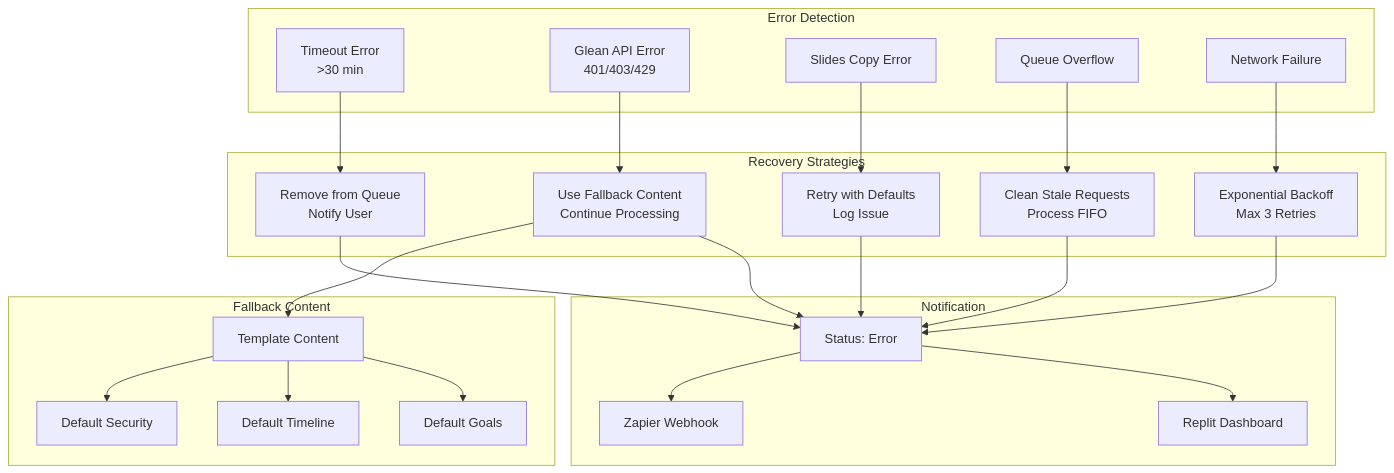
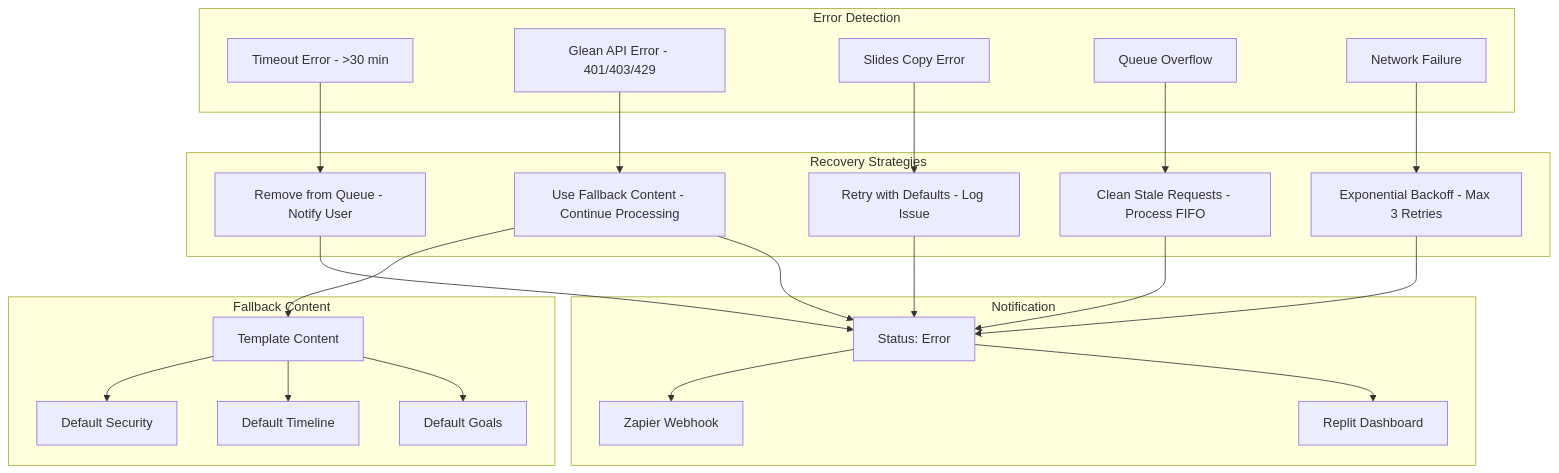
Before and after one commit to ethansammiq/slide_deck_glean_integration: the tenth of 10 diagrams in SYSTEM_FLOW_DOCUMENTATION.md, drawn with Mermaid. The commit also changed other lines of this file, not shown here.

First line of the commit message:
fix: Fix Mermaid diagram syntax for GitHub compatibility

````diff
--- a/SYSTEM_FLOW_DOCUMENTATION.md
+++ b/SYSTEM_FLOW_DOCUMENTATION.md
@@ -409,40 +409,40 @@
 ```mermaid
 flowchart TB
     subgraph "Error Detection"
-        E1[Timeout Error<br/>>30 min]
-        E2[Glean API Error<br/>401/403/429]
-        E3[Slides Copy Error]
-        E4[Queue Overflow]
-        E5[Network Failure]
+        E1["Timeout Error - >30 min"]
+        E2["Glean API Error - 401/403/429"]
+        E3["Slides Copy Error"]
+        E4["Queue Overflow"]
+        E5["Network Failure"]
     end
     
     subgraph "Recovery Strategies"
-        E1 --> R1[Remove from Queue<br/>Notify User]
-        E2 --> R2[Use Fallback Content<br/>Continue Processing]
-        E3 --> R3[Retry with Defaults<br/>Log Issue]
-        E4 --> R4[Clean Stale Requests<br/>Process FIFO]
-        E5 --> R5[Exponential Backoff<br/>Max 3 Retries]
+        E1 --> R1["Remove from Queue - Notify User"]
+        E2 --> R2["Use Fallback Content - Continue Processing"]
+        E3 --> R3["Retry with Defaults - Log Issue"]
+        E4 --> R4["Clean Stale Requests - Process FIFO"]
+        E5 --> R5["Exponential Backoff - Max 3 Retries"]
     end
     
     subgraph "Fallback Content"
-        FC[Template Content]
-        DG[Default Goals]
-        DT[Default Timeline]
-        DS[Default Security]
+        FC["Template Content"]
+        DG["Default Goals"]
+        DT["Default Timeline"]
+        DS["Default Security"]
     end
     
     subgraph "Notification"
-        R1 --> N[Status: Error]
+        R1 --> N["Status: Error"]
         R2 --> N
         R3 --> N
         R4 --> N
         R5 --> N
-        N --> RP[Replit Dashboard]
-        N --> ZW[Zapier Webhook]
+        N --> RP["Replit Dashboard"]
+        N --> ZW["Zapier Webhook"]
     end
     
     R2 --> FC
     FC --> DG
     FC --> DT
     FC --> DS
 ```
````
